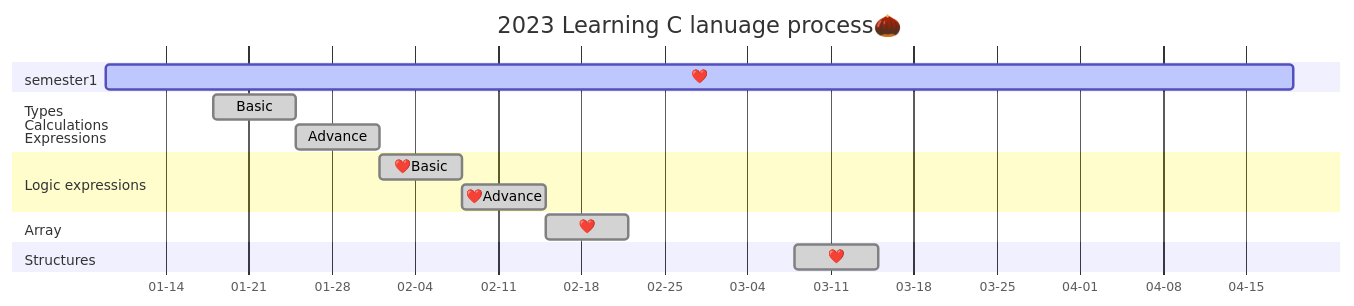
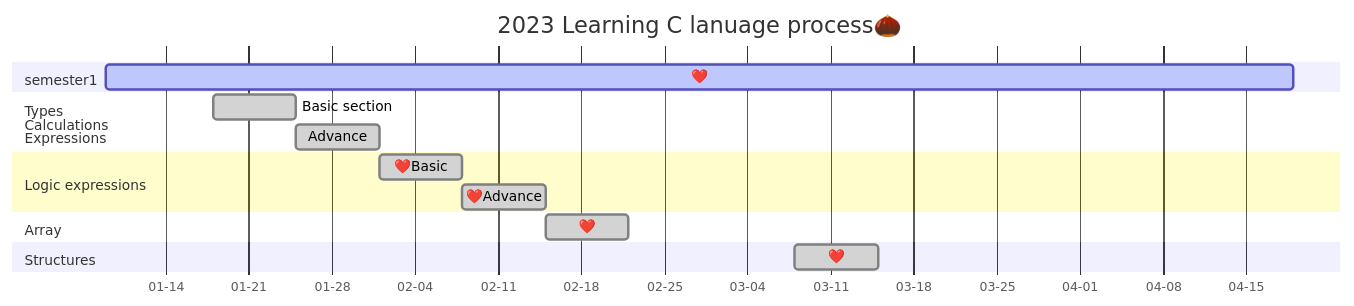
The diagram in README.md (AimeeWen1992/Learning-C), drawn with Mermaid before and after one commit.

````diff
--- a/README.md
+++ b/README.md
@@ -15,24 +15,24 @@
 ```mermaid
 gantt
 title 2023 Learning C lanuage process🌰 
 dateFormat YYYY-MM-DD
 axisFormat %m-%d
 section semester1
         ❤️:active,01-09,100d
 section Types<br />Calculations<br />Expressions
-        Basic    :done,01-18,7d
+        Basic section   :done,01-18,7d
         Advance :done,01-25,7d
 
 section Logic expressions
         ❤️Basic   :done,02-01,7d
         ❤️Advance :done,02-08,7d
 
 section Array
         ❤️      :done,02-15,7d
 
 section Structures
         ❤️      :done,03-08,7d
 
 section Fountion
 
 ```
````
